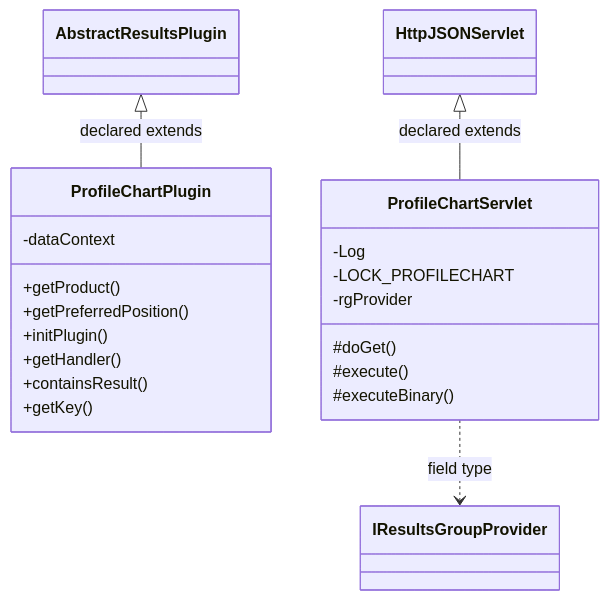
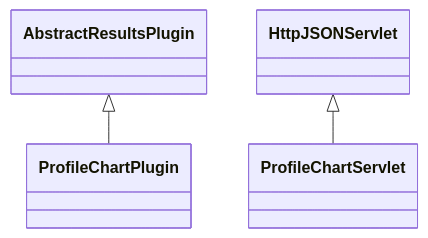
The diagram in docs/sqx/Results/ResultsProfileChart.md (haruperi/HaruQuantAI), drawn with Mermaid before and after one commit. The commit also changed other lines of this file and 1688 other files, not shown here.

````diff
--- a/docs/sqx/Results/ResultsProfileChart.md
+++ b/docs/sqx/Results/ResultsProfileChart.md
@@ -30,26 +26,9 @@
 ```mermaid
 classDiagram
-    class C00e5876e32ea["ProfileChartPlugin"] {
-        -dataContext
-        +getProduct()
-        +getPreferredPosition()
-        +initPlugin()
-        +getHandler()
-        +containsResult()
-        +getKey()
-    }
-    class Caab7a493e802["ProfileChartServlet"] {
-        -Log
-        -LOCK_PROFILECHART
-        -rgProvider
-        #doGet()
-        #execute()
-        #executeBinary()
-    }
-    class C180e0c3f58c3["AbstractResultsPlugin"]
-    class C9ceba9ba4bac["IResultsGroupProvider"]
-    class C8900f90ae594["HttpJSONServlet"]
-    C180e0c3f58c3 <|-- C00e5876e32ea : declared extends
-    C8900f90ae594 <|-- Caab7a493e802 : declared extends
-    Caab7a493e802 ..> C9ceba9ba4bac : field type
+    class C0["ProfileChartPlugin"]
+    class C1["ProfileChartServlet"]
+    class E0["AbstractResultsPlugin"]
+    E0 <|-- C0
+    class E1["HttpJSONServlet"]
+    E1 <|-- C1
 ```
````
